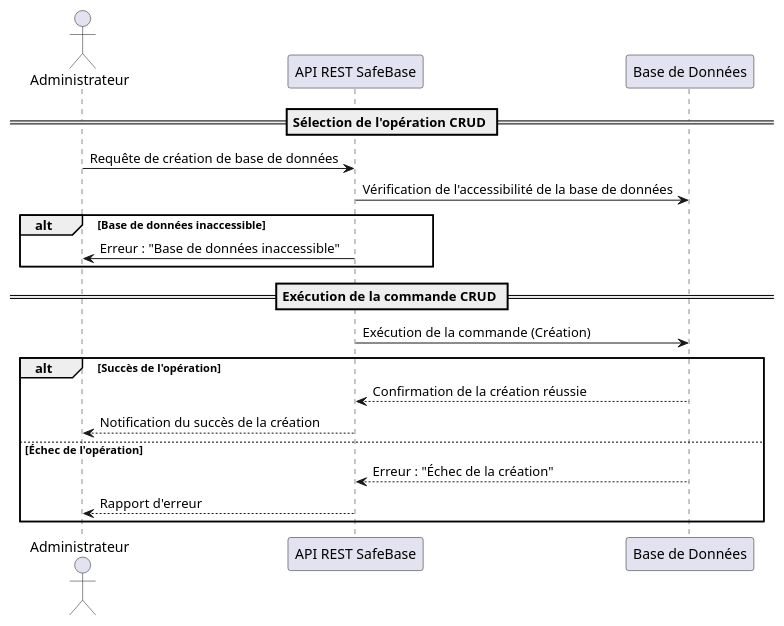
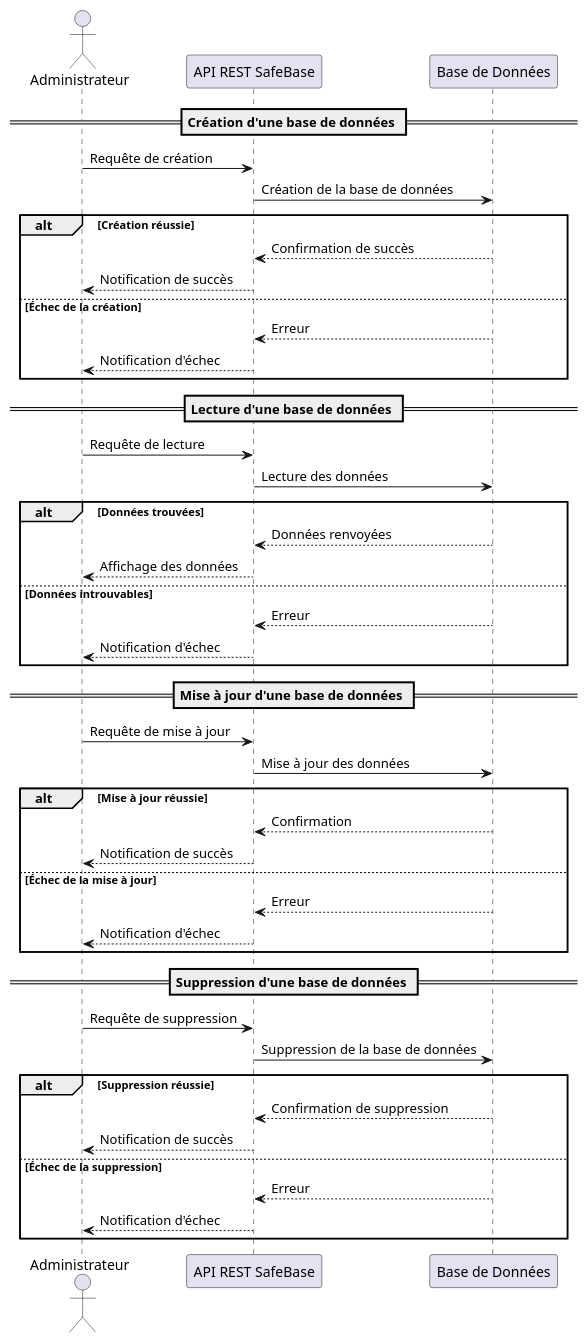
The first of 12 diagrams in docs/uml/diagramme_sequence.md (benoit-bremaud/plateforme-safebase), drawn with PlantUML before and after one commit. The commit also changed other lines of this file, not shown here.

First line of the commit message:
docs(diagram-sequence): synthesize and finalize UML sequence diagrams

````diff
--- a/docs/uml/diagramme_sequence.md
+++ b/docs/uml/diagramme_sequence.md
@@ -59,26 +36,55 @@
 ```plantuml
 @startuml
 actor "Administrateur" as Admin
 participant "API REST SafeBase" as API
 participant "Base de Données" as DB
 
-== Sélection de l'opération CRUD ==
-Admin -> API : Requête de création de base de données
-API -> DB : Vérification de l'accessibilité de la base de données
+== Création d'une base de données ==
+Admin -> API : Requête de création
+API -> DB : Création de la base de données
 
-alt Base de données inaccessible
-  API -> Admin : Erreur : "Base de données inaccessible"
+alt Création réussie
+    DB --> API : Confirmation de succès
+    API --> Admin : Notification de succès
+else Échec de la création
+    DB --> API : Erreur
+    API --> Admin : Notification d'échec
 end alt
 
-== Exécution de la commande CRUD ==
-API -> DB : Exécution de la commande (Création)
+== Lecture d'une base de données ==
+Admin -> API : Requête de lecture
+API -> DB : Lecture des données
 
-alt Succès de l'opération
-    DB --> API : Confirmation de la création réussie
-    API --> Admin : Notification du succès de la création
-else Échec de l'opération
-    DB --> API : Erreur : "Échec de la création"
-    API --> Admin : Rapport d'erreur
+alt Données trouvées
+    DB --> API : Données renvoyées
+    API --> Admin : Affichage des données
+else Données introuvables
+    DB --> API : Erreur
+    API --> Admin : Notification d'échec
+end alt
+
+== Mise à jour d'une base de données ==
+Admin -> API : Requête de mise à jour
+API -> DB : Mise à jour des données
+
+alt Mise à jour réussie
+    DB --> API : Confirmation
+    API --> Admin : Notification de succès
+else Échec de la mise à jour
+    DB --> API : Erreur
+    API --> Admin : Notification d'échec
+end alt
+
+== Suppression d'une base de données ==
+Admin -> API : Requête de suppression
+API -> DB : Suppression de la base de données
+
+alt Suppression réussie
+    DB --> API : Confirmation de suppression
+    API --> Admin : Notification de succès
+else Échec de la suppression
+    DB --> API : Erreur
+    API --> Admin : Notification d'échec
 end alt
 @enduml
 ```
````
